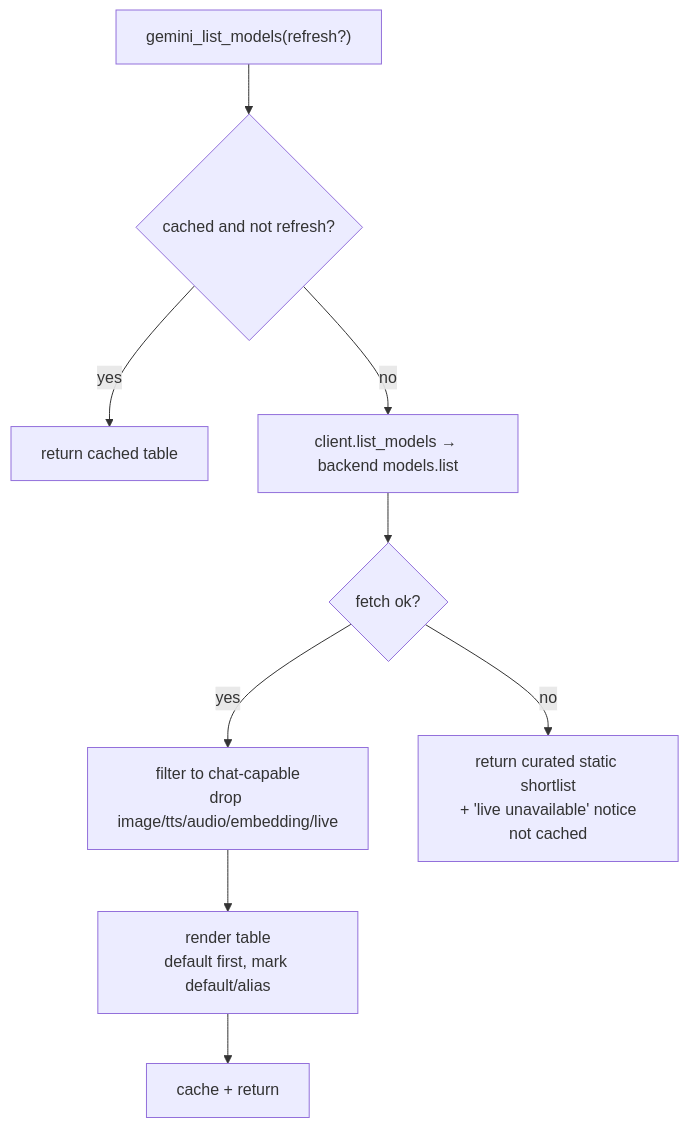
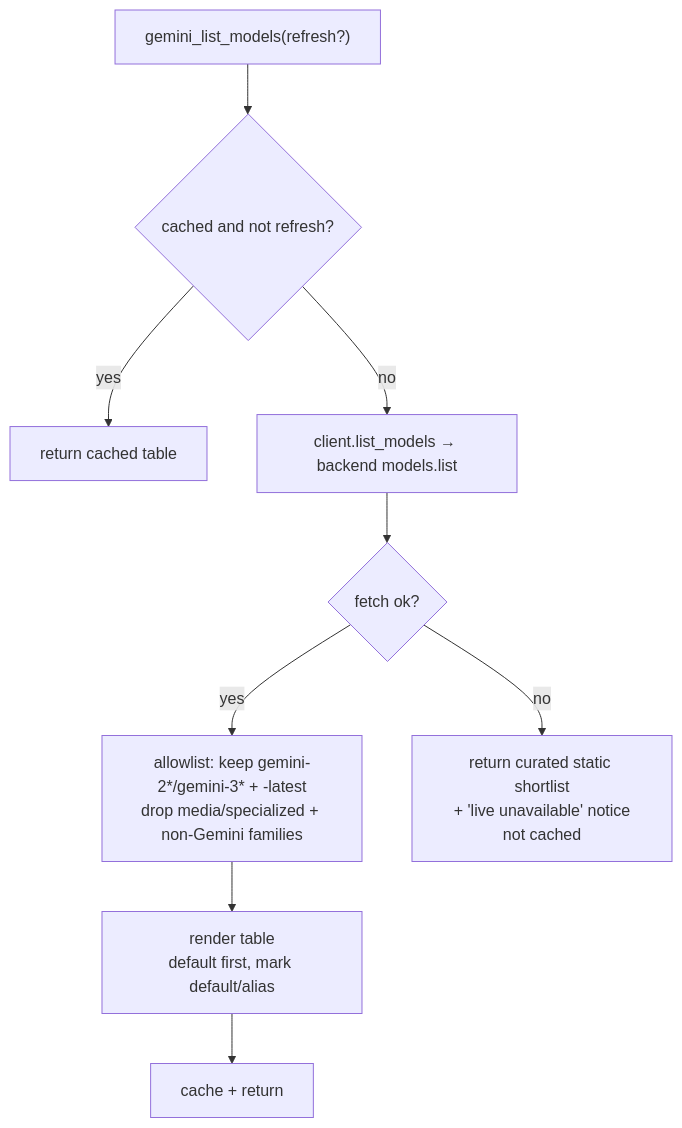
One commit to PCS-LAB-ORG/gemini-bridge changed the diagram in docs/tools.md. Above: the diagram before and after it, drawn with Mermaid. The commit also changed other lines of this file and 3 other files, not shown here.

First line of the commit message:
docs: sync gemini_list_models docs with allowlist behavior + preview support

````diff
--- a/docs/tools.md
+++ b/docs/tools.md
@@ -209,11 +236,11 @@
 ```mermaid
 flowchart TD
     A["gemini_list_models(refresh?)"] --> B{cached and not refresh?}
     B -->|yes| C[return cached table]
     B -->|no| D["client.list_models → backend models.list"]
     D --> E{fetch ok?}
-    E -->|yes| F[filter to chat-capable<br/>drop image/tts/audio/embedding/live]
+    E -->|yes| F["allowlist: keep gemini-2*/gemini-3* + -latest<br/>drop media/specialized + non-Gemini families"]
     F --> G[render table<br/>default first, mark default/alias]
     G --> H[cache + return]
     E -->|no| I[return curated static shortlist<br/>+ 'live unavailable' notice<br/>not cached]
 ```
````
